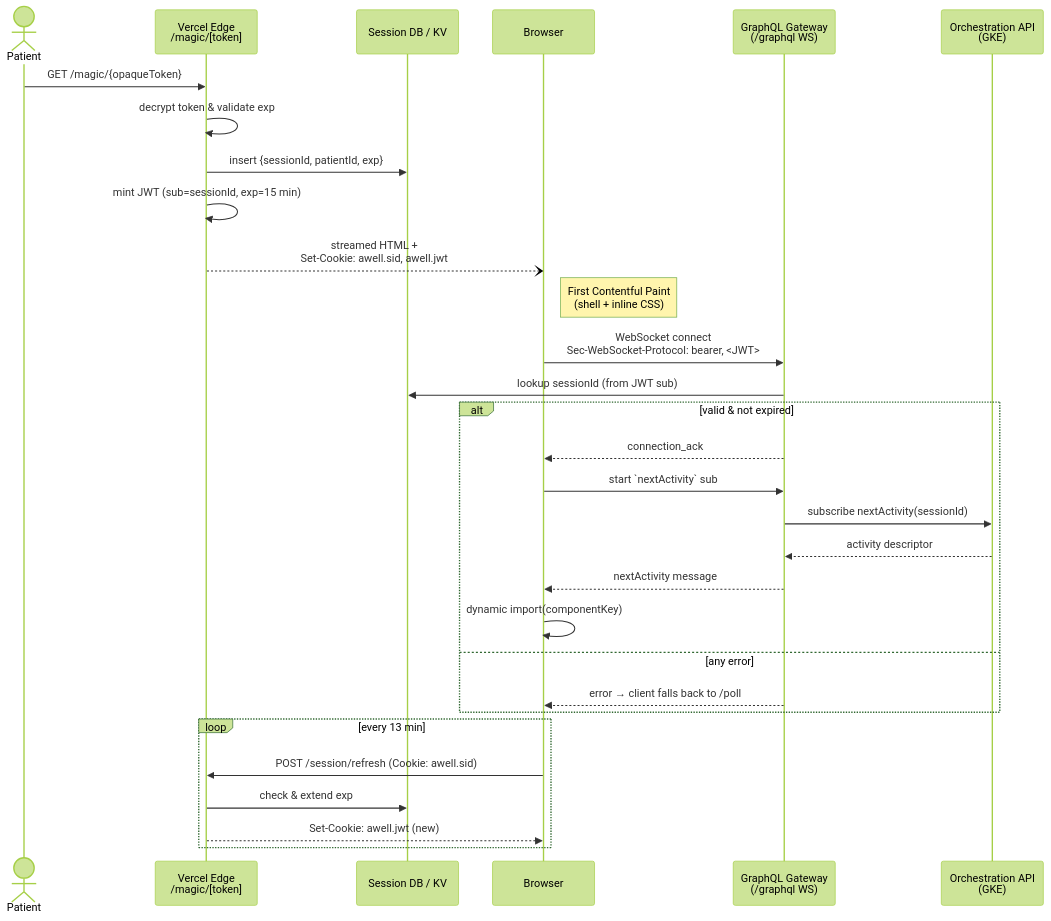
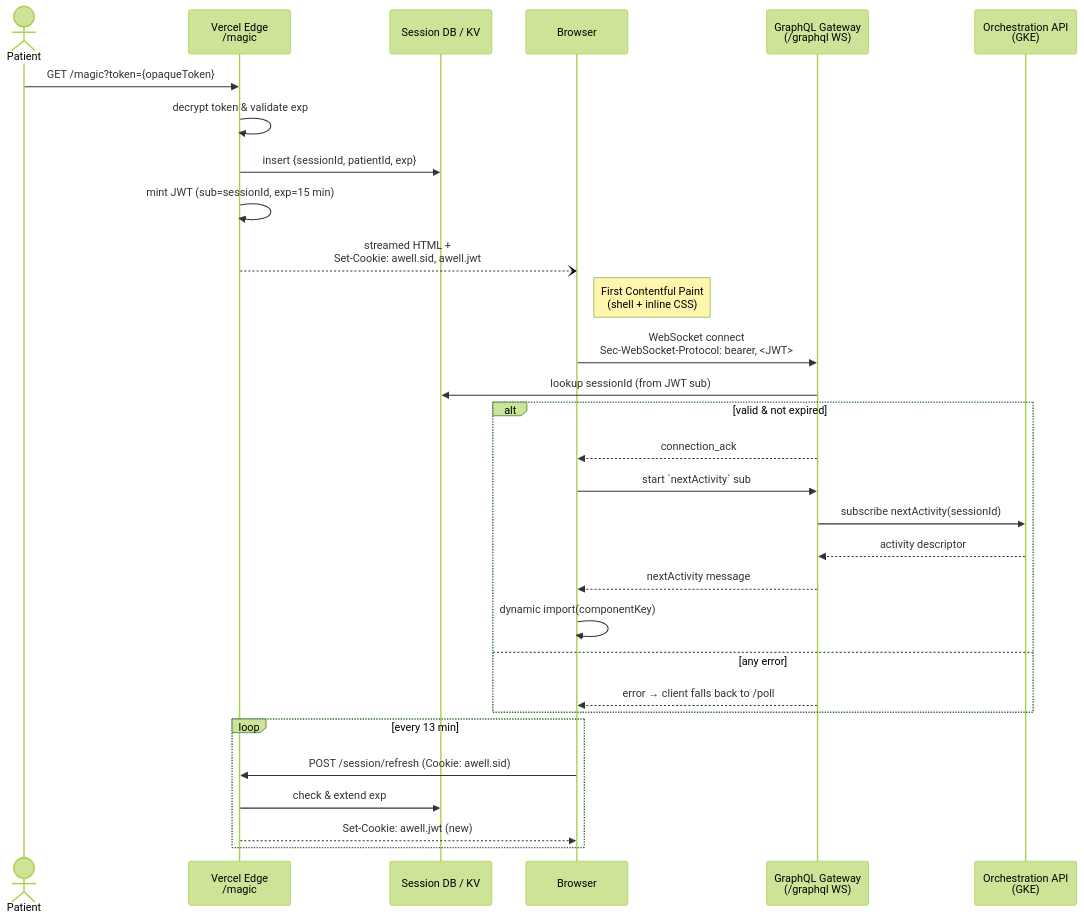
One commit to awell-health/navi changed the diagram in packages/navi-loader/requirements/02-authentication.md. Above: the diagram before and after it, drawn with Mermaid (forest theme). The commit also changed other lines of this file and 13 other files, not shown here.

````diff
--- a/packages/navi-loader/requirements/02-authentication.md
+++ b/packages/navi-loader/requirements/02-authentication.md
@@ -28,38 +32,38 @@
 ```mermaid
 sequenceDiagram
     actor Patient
-    participant EdgeFn as Vercel Edge<br/>/magic/[token]
+    participant EdgeFn as Vercel Edge<br/>/magic
     participant SessionStore as Session DB / KV
     participant Browser
     participant GQLGW as GraphQL Gateway<br/>(/graphql WS)
     participant Orchestrator as Orchestration API<br/>(GKE)
 
     %% 1. Patient follows magic link
-    Patient->>EdgeFn: GET /magic/{opaqueToken}
+    Patient->>EdgeFn: GET /magic?token={opaqueToken}
     EdgeFn->>EdgeFn: decrypt token & validate exp
     EdgeFn->>SessionStore: insert {sessionId, patientId, exp}
     EdgeFn->>EdgeFn: mint JWT (sub=sessionId, exp=15 min)
     EdgeFn--)Browser: streamed HTML +<br/>Set-Cookie: awell.sid, awell.jwt
     note right of Browser: First Contentful Paint<br/>(shell + inline CSS)
 
     %% 2. Hydration & WS
     Browser->>GQLGW: WebSocket connect<br/>Sec-WebSocket-Protocol: bearer, <JWT>
     GQLGW->>SessionStore: lookup sessionId (from JWT sub)
     alt valid & not expired
         GQLGW-->>Browser: connection_ack
         Browser->>GQLGW: start `nextActivity` sub
         GQLGW->>Orchestrator: subscribe nextActivity(sessionId)
         Orchestrator-->>GQLGW: activity descriptor
         GQLGW-->>Browser: nextActivity message
         Browser->>Browser: dynamic import(componentKey)
     else any error
         GQLGW-->>Browser: error → client falls back to /poll
     end
 
     %% 3. Silent refresh
     loop every 13 min
         Browser->>EdgeFn: POST /session/refresh (Cookie: awell.sid)
         EdgeFn->>SessionStore: check & extend exp
         EdgeFn-->>Browser: Set-Cookie: awell.jwt (new)
     end
 ```
````
